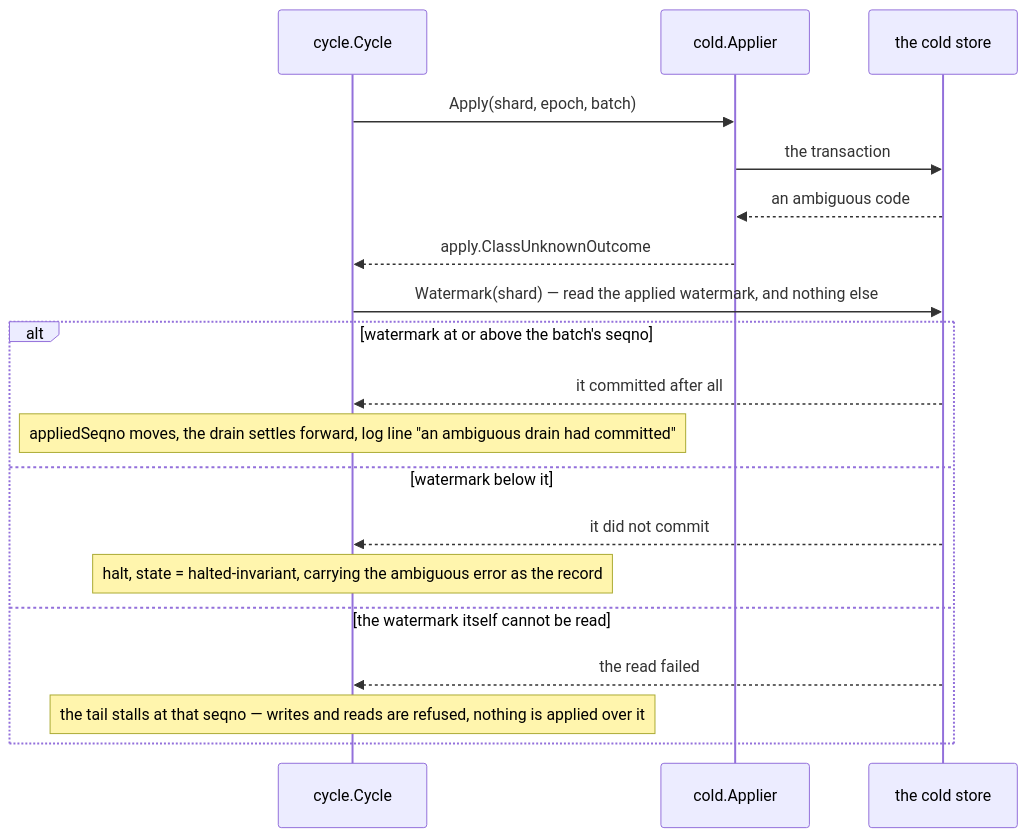
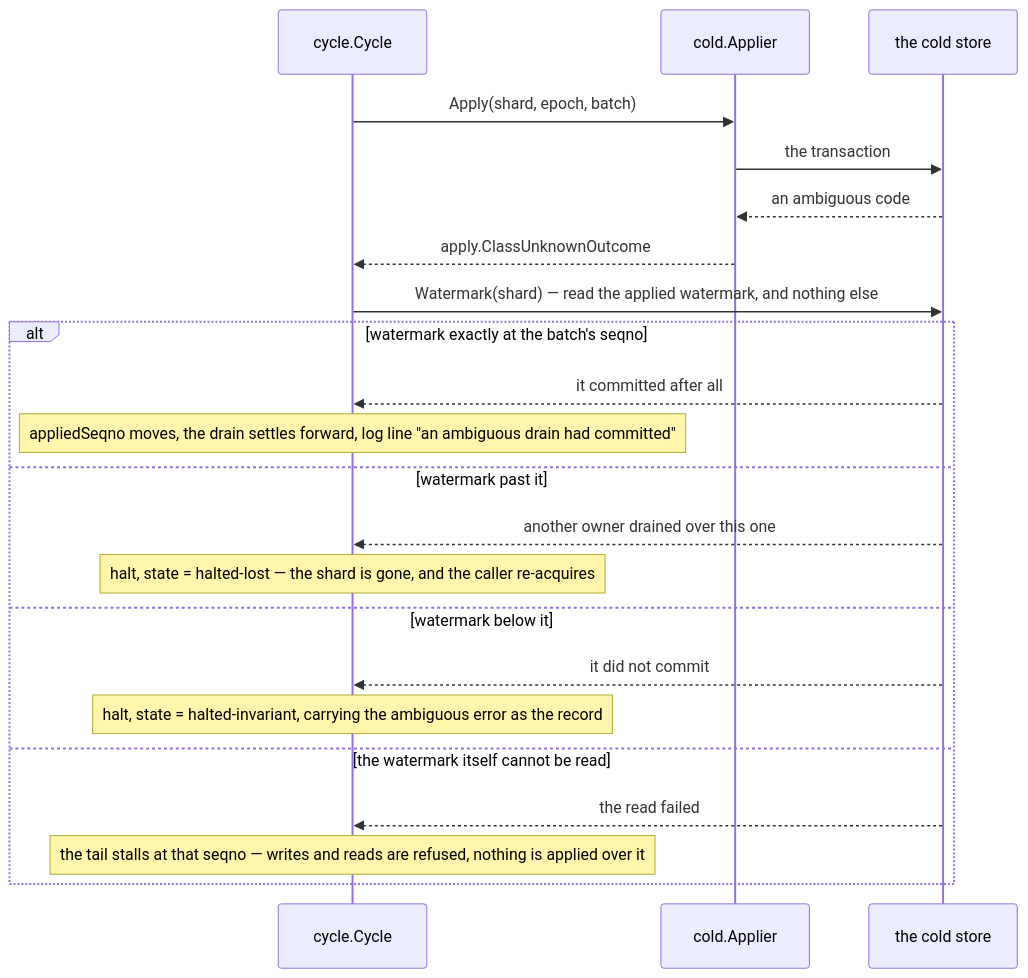
The ninth of 10 diagrams in docs/handbook/05-write-path.md (aromanovich/waltz), drawn with Mermaid before and after one commit. The commit also changed 5 other files, not shown here.

````diff
--- a/docs/handbook/05-write-path.md
+++ b/docs/handbook/05-write-path.md
@@ -504,22 +504,25 @@
 ```mermaid
 sequenceDiagram
   participant CY as cycle.Cycle
   participant AP as cold.Applier
   participant CS as the cold store
 
   CY->>AP: Apply(shard, epoch, batch)
   AP->>CS: the transaction
   CS-->>AP: an ambiguous code
   AP-->>CY: apply.ClassUnknownOutcome
   CY->>CS: Watermark(shard) — read the applied watermark, and nothing else
-  alt watermark at or above the batch's seqno
+  alt watermark exactly at the batch's seqno
     CS-->>CY: it committed after all
     Note over CY: appliedSeqno moves, the drain settles forward, log line "an ambiguous drain had committed"
+  else watermark past it
+    CS-->>CY: another owner drained over this one
+    Note over CY: halt, state = halted-lost — the shard is gone, and the caller re-acquires
   else watermark below it
     CS-->>CY: it did not commit
     Note over CY: halt, state = halted-invariant, carrying the ambiguous error as the record
   else the watermark itself cannot be read
     CS-->>CY: the read failed
     Note over CY: the tail stalls at that seqno — writes and reads are refused, nothing is applied over it
   end
 ```
````
